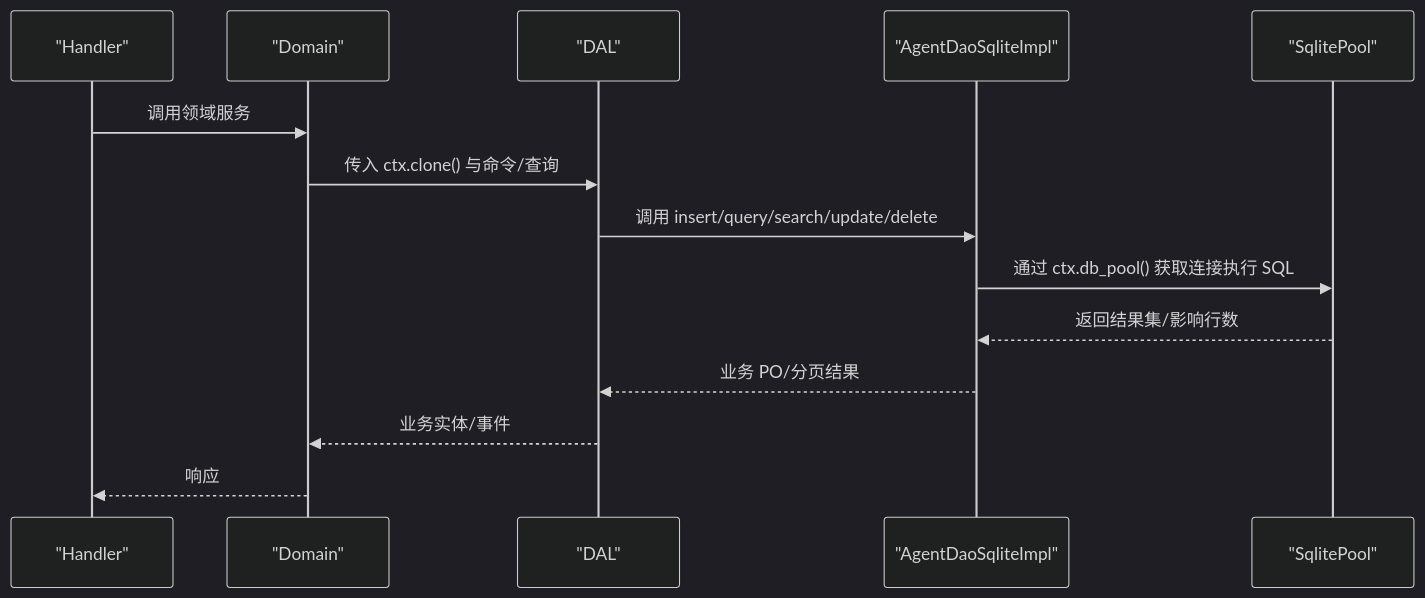
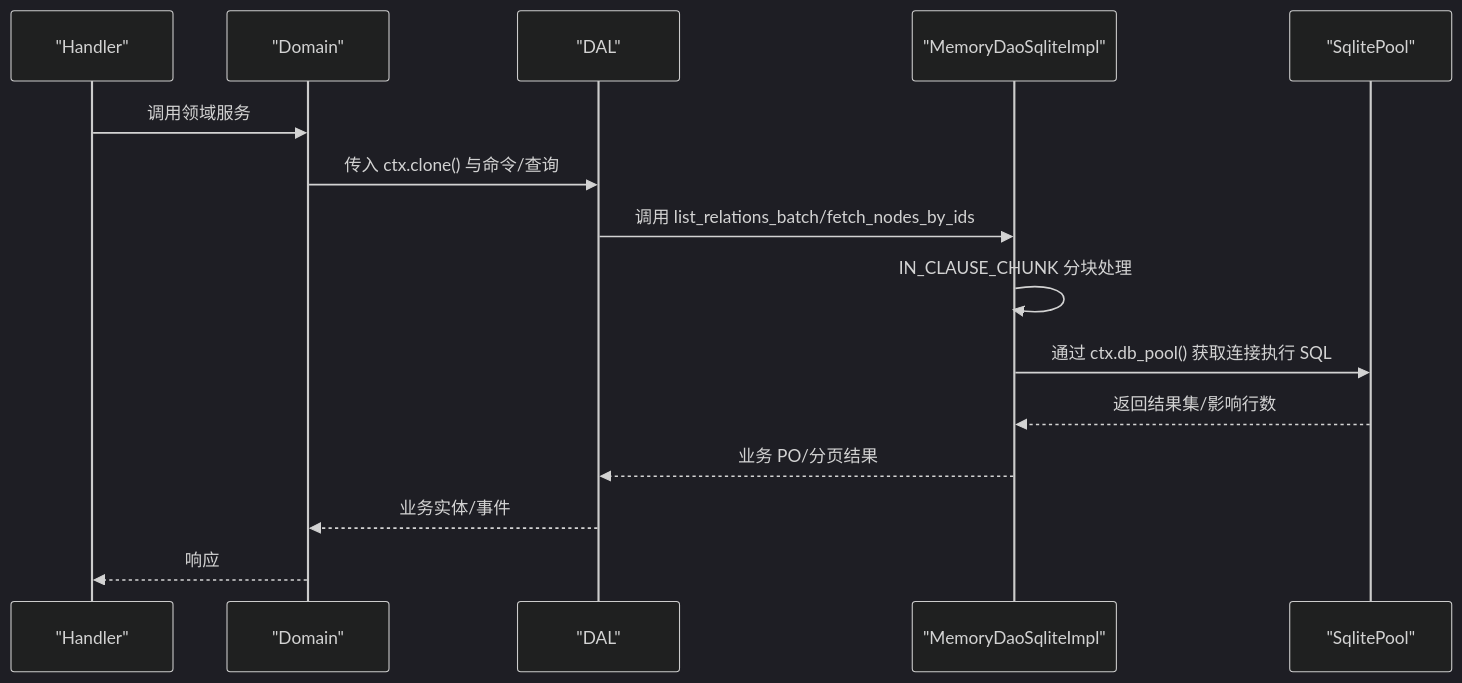
The second of 5 diagrams in .qoder/repowiki/zh/content/核心模块/服务层/数据对象层 (DAO)/SQLite 数据访问对象.md (runningcoders/ai_orz), drawn with Mermaid (dark theme) before and after one commit. The commit also changed other lines of this file and 5 other files, not shown here.

Commit message:
docs(wiki): 知识引擎增量更新（记忆系统架构/DAO SQLite/知识关系管理卡片同步遍历优化改动）

````diff
--- a/.qoder/repowiki/zh/content/核心模块/服务层/数据对象层 (DAO)/SQLite 数据访问对象.md
+++ b/.qoder/repowiki/zh/content/核心模块/服务层/数据对象层 (DAO)/SQLite 数据访问对象.md
@@ -74,16 +87,17 @@
 ```mermaid
 sequenceDiagram
 participant H as "Handler"
 participant D as "Domain"
 participant L as "DAL"
-participant A as "AgentDaoSqliteImpl"
+participant A as "MemoryDaoSqliteImpl"
 participant P as "SqlitePool"
 H->>D : 调用领域服务
 D->>L : 传入 ctx.clone() 与命令/查询
-L->>A : 调用 insert/query/search/update/delete
+L->>A : 调用 list_relations_batch/fetch_nodes_by_ids
+A->>A : IN_CLAUSE_CHUNK 分块处理
 A->>P : 通过 ctx.db_pool() 获取连接执行 SQL
 P-->>A : 返回结果集/影响行数
 A-->>L : 业务 PO/分页结果
 L-->>D : 业务实体/事件
 D-->>H : 响应
 ```
````
